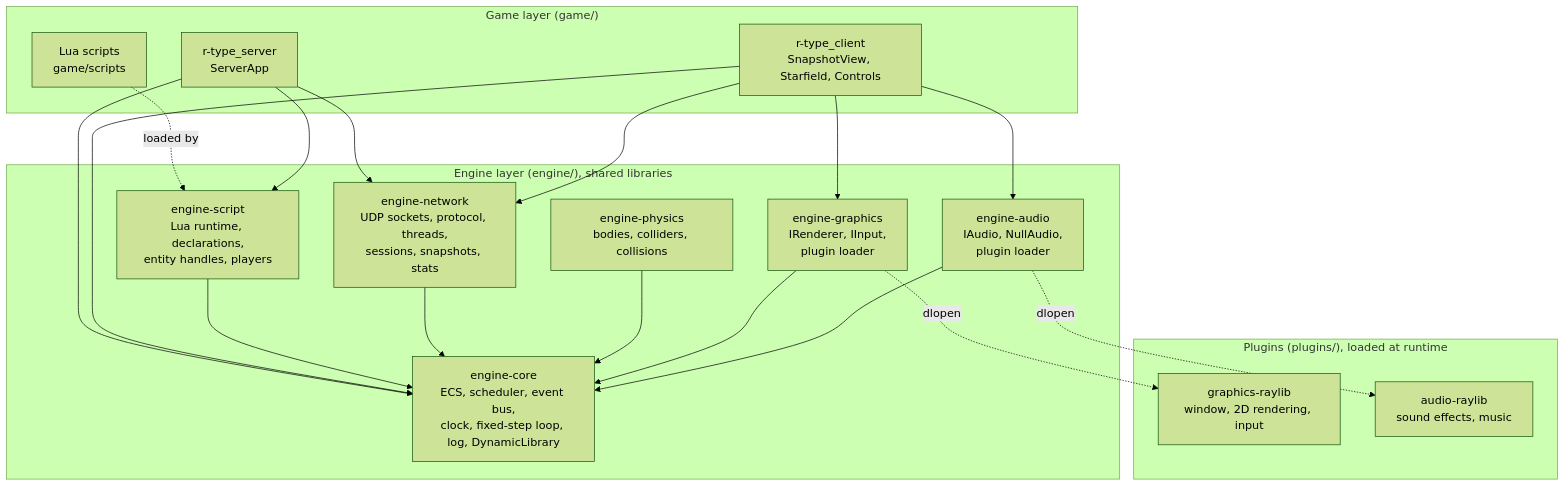
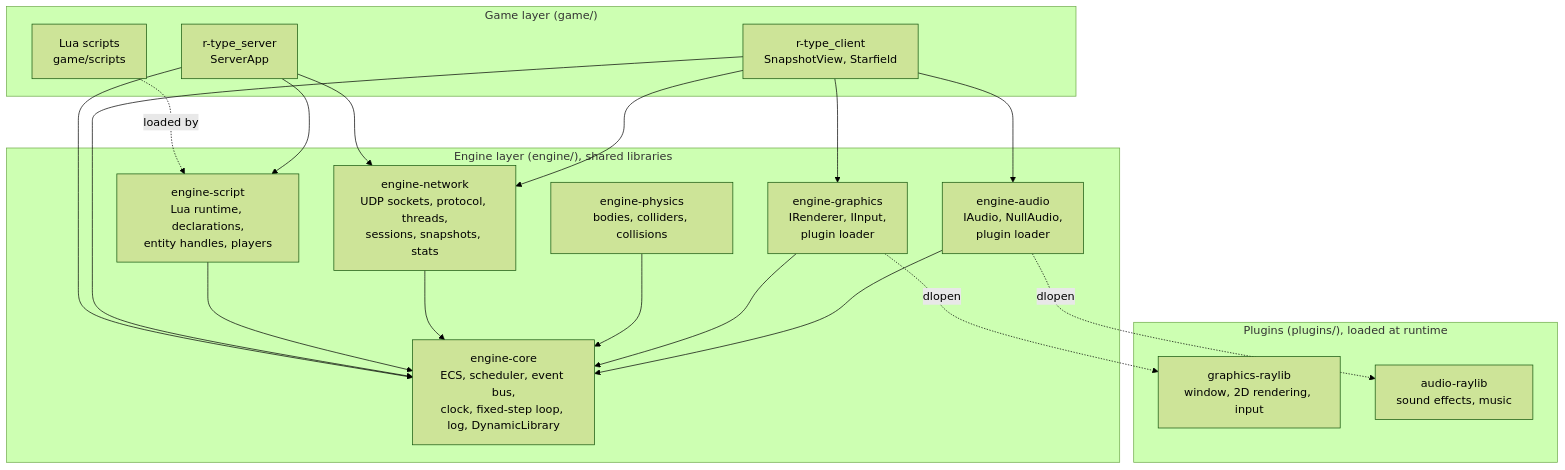
The first of 4 diagrams in docs/architecture.md (Saitamadupauvre/RType), drawn with Mermaid (forest theme) before and after one commit. The commit also changed other lines of this file and 6 other files, not shown here.

````diff
--- a/docs/architecture.md
+++ b/docs/architecture.md
@@ -26,35 +26,35 @@
 ```mermaid
 flowchart TB
     subgraph Game["Game layer (game/)"]
         LUA["Lua scripts<br/>game/scripts"]
         SRV["r-type_server<br/>ServerApp"]
-        CLI["r-type_client<br/>SnapshotView, Starfield, Controls"]
+        CLI["r-type_client<br/>SnapshotView, Starfield"]
     end
     subgraph Engine["Engine layer (engine/), shared libraries"]
         CORE["engine-core<br/>ECS, scheduler, event bus,<br/>clock, fixed-step loop, log, DynamicLibrary"]
         SCRIPT["engine-script<br/>Lua runtime, declarations,<br/>entity handles, players"]
         NET["engine-network<br/>UDP sockets, protocol, threads,<br/>sessions, snapshots, stats"]
         PHYS["engine-physics<br/>bodies, colliders, collisions"]
         GFX["engine-graphics<br/>IRenderer, IInput,<br/>plugin loader"]
         AUD["engine-audio<br/>IAudio, NullAudio,<br/>plugin loader"]
     end
     subgraph Plugins["Plugins (plugins/), loaded at runtime"]
         RAY["graphics-raylib<br/>window, 2D rendering, input"]
         RAU["audio-raylib<br/>sound effects, music"]
     end
     LUA -. loaded by .-> SCRIPT
     SRV --> SCRIPT
     SRV --> NET
     SRV --> CORE
     CLI --> NET
     CLI --> GFX
     CLI --> AUD
     CLI --> CORE
     SCRIPT --> CORE
     NET --> CORE
     PHYS --> CORE
     GFX --> CORE
     GFX -. dlopen .-> RAY
     AUD --> CORE
     AUD -. dlopen .-> RAU
 ```
````
